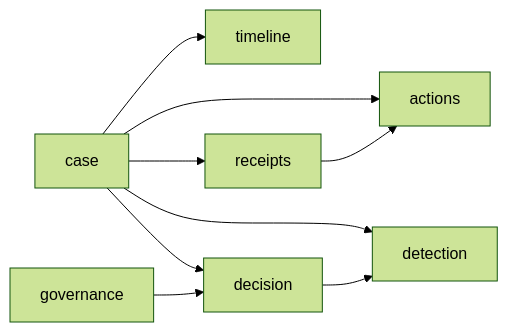
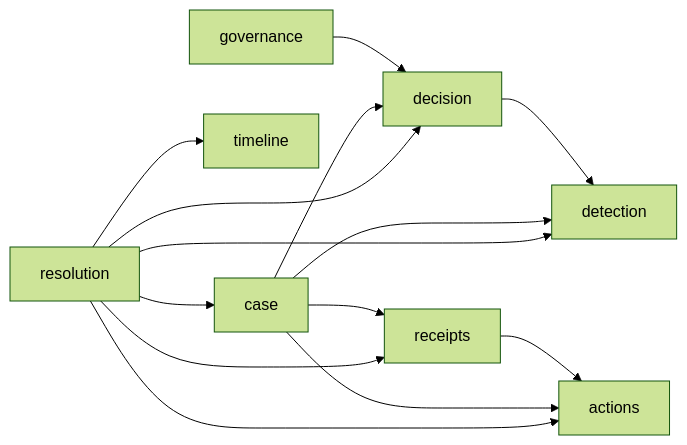
Before and after one commit to Pasidu-Mihiranga/HutchClarity: the third of 3 diagrams in docs/enterprise-plan/21-migration-and-deployment-plan.md, drawn with Mermaid (forest theme). The commit also changed other lines of this file and 30 other files, not shown here.

````diff
--- a/docs/enterprise-plan/21-migration-and-deployment-plan.md
+++ b/docs/enterprise-plan/21-migration-and-deployment-plan.md
@@ -297,11 +298,16 @@
 ```mermaid
 flowchart LR
-    case --> timeline
+    resolution --> case
+    resolution --> timeline
+    resolution --> detection
+    resolution --> decision
+    resolution --> actions
+    resolution --> receipts
     case --> detection
     case --> decision
     case --> actions
     case --> receipts
     decision --> detection
     governance --> decision
     receipts --> actions
 ```
````
